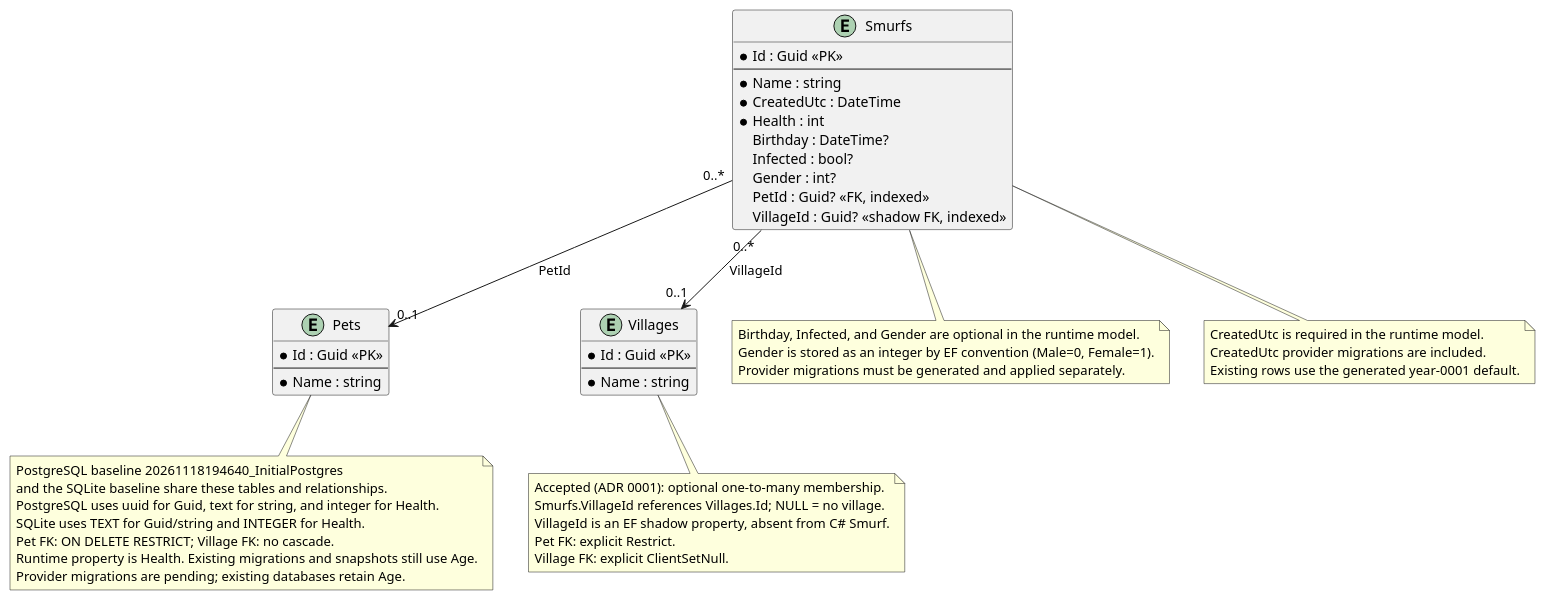
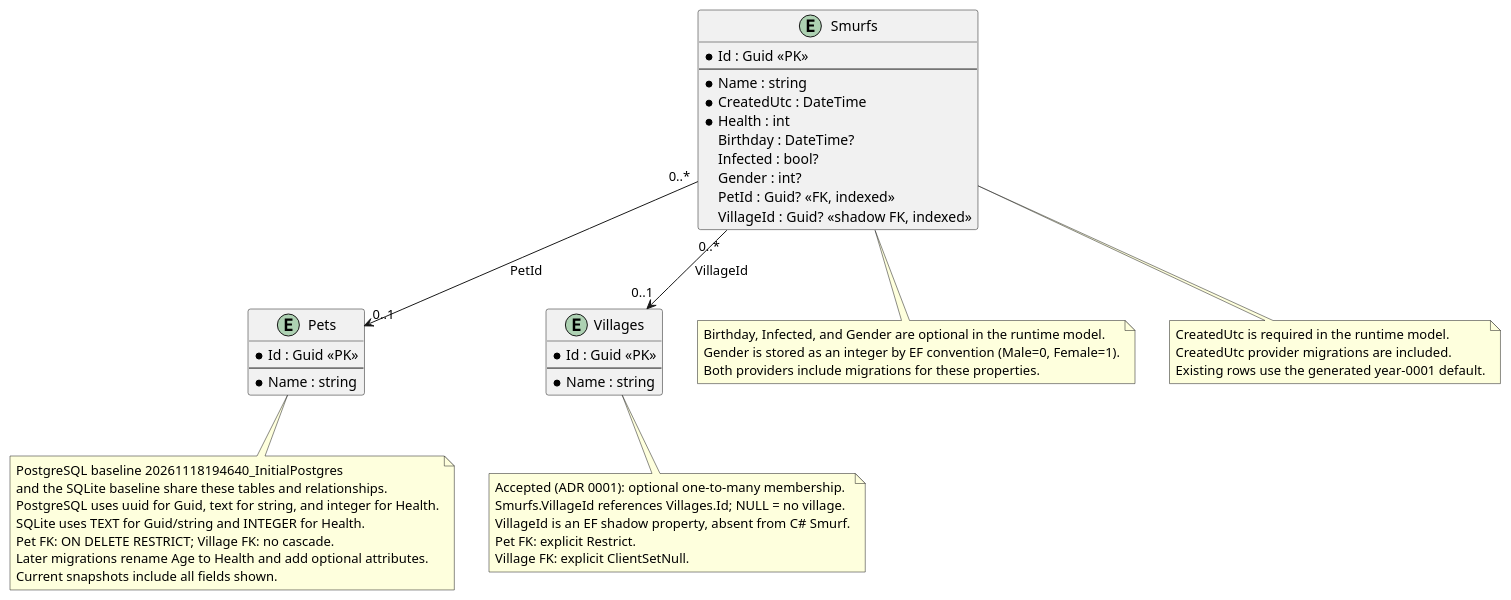
Before and after one commit to EbbeMeloSorensen/Smurfs: the diagram in docs/structural/diagrams/persistence-model.puml, drawn with PlantUML. The commit also changed 21 other files, not shown here.

Commit message:
Reconcile requirements, diagrams, and test evidence with current Smurf workflows

```diff
--- a/docs/structural/diagrams/persistence-model.puml
+++ b/docs/structural/diagrams/persistence-model.puml
@@ -1,54 +1,54 @@
 @startuml
-' Runtime model. Existing migrations and snapshots still use Age.
+' Current runtime model and latest provider snapshots.
 hide methods
 entity "Smurfs" as SmurfTable {
   * Id : Guid <<PK>>
   --
   * Name : string
   * CreatedUtc : DateTime
   * Health : int
   Birthday : DateTime?
   Infected : bool?
   Gender : int?
   PetId : Guid? <<FK, indexed>>
   VillageId : Guid? <<shadow FK, indexed>>
 }
 entity "Pets" as PetTable {
   * Id : Guid <<PK>>
   --
   * Name : string
 }
 entity "Villages" as VillageTable {
   * Id : Guid <<PK>>
   --
   * Name : string
 }
 SmurfTable "0..*" --> "0..1" PetTable : PetId
 SmurfTable "0..*" --> "0..1" VillageTable : VillageId
 note bottom of VillageTable
   Accepted (ADR 0001): optional one-to-many membership.
   Smurfs.VillageId references Villages.Id; NULL = no village.
   VillageId is an EF shadow property, absent from C# Smurf.
   Pet FK: explicit Restrict.
   Village FK: explicit ClientSetNull.
 end note
 note bottom of PetTable
   PostgreSQL baseline 20261118194640_InitialPostgres
   and the SQLite baseline share these tables and relationships.
   PostgreSQL uses uuid for Guid, text for string, and integer for Health.
   SQLite uses TEXT for Guid/string and INTEGER for Health.
   Pet FK: ON DELETE RESTRICT; Village FK: no cascade.
-  Runtime property is Health. Existing migrations and snapshots still use Age.
-  Provider migrations are pending; existing databases retain Age.
+  Later migrations rename Age to Health and add optional attributes.
+  Current snapshots include all fields shown.
 end note
 note bottom of SmurfTable
   Birthday, Infected, and Gender are optional in the runtime model.
   Gender is stored as an integer by EF convention (Male=0, Female=1).
-  Provider migrations must be generated and applied separately.
+  Both providers include migrations for these properties.
 end note
 note bottom of SmurfTable
   CreatedUtc is required in the runtime model.
   CreatedUtc provider migrations are included.
   Existing rows use the generated year-0001 default.
 end note
 @enduml
```
